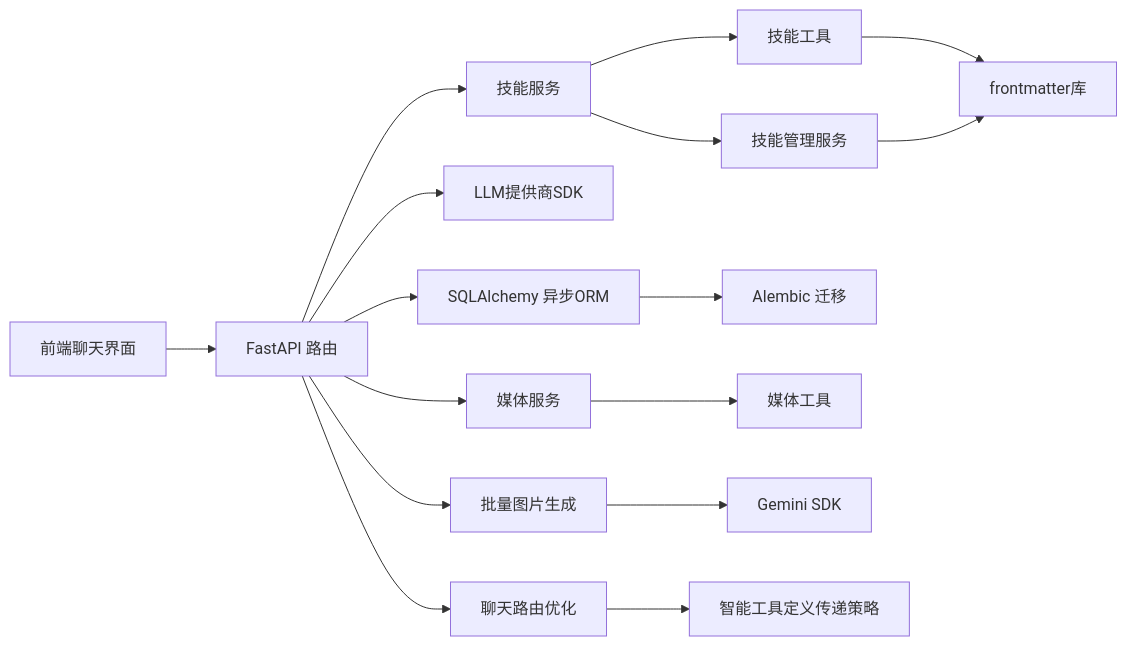
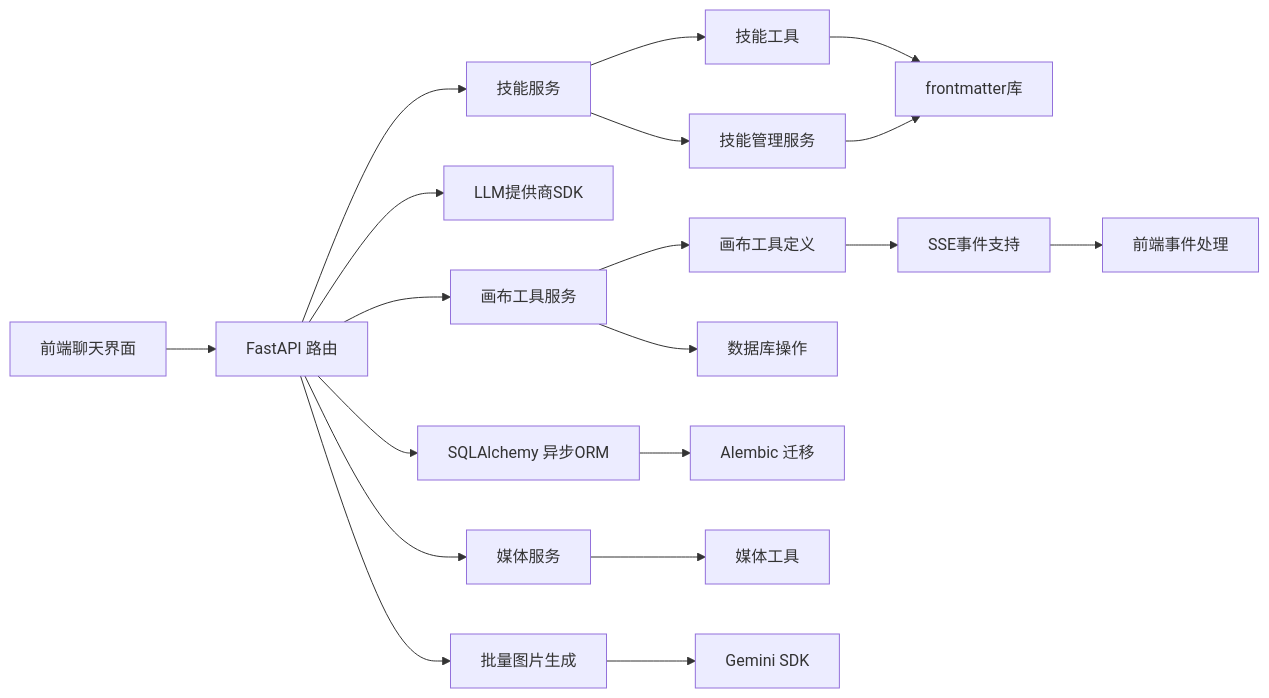
One commit to KunLabAI/KunFlix changed diagram 14 of 14 in .qoder/repowiki/zh/content/后端开发指南/API路由系统/聊天交互API.md. Above: the diagram before and after it, drawn with Mermaid. The commit also changed other lines of this file and 15 other files, not shown here.

````diff
--- a/.qoder/repowiki/zh/content/后端开发指南/API路由系统/聊天交互API.md
+++ b/.qoder/repowiki/zh/content/后端开发指南/API路由系统/聊天交互API.md
@@ -599,18 +697,21 @@
 ```mermaid
 graph LR
 FE["前端聊天界面"] --> API["FastAPI 路由"]
 API --> DB["SQLAlchemy 异步ORM"]
 API --> LLM["LLM提供商SDK"]
 API --> Media["媒体服务"]
 API --> BatchGen["批量图片生成"]
 API --> Skills["技能服务"]
+API --> Canvas["画布工具服务"]
 Skills --> SkillTools["技能工具"]
 Skills --> SkillManager["技能管理服务"]
+Canvas --> CanvasTools["画布工具定义"]
+Canvas --> DBOps["数据库操作"]
 DB --> MIG["Alembic 迁移"]
 Media --> Utils["媒体工具"]
 BatchGen --> Gemini["Gemini SDK"]
 SkillTools --> Frontmatter["frontmatter库"]
 SkillManager --> Frontmatter
-API --> Optimization["聊天路由优化"]
-Optimization --> ToolDefStrategy["智能工具定义传递策略"]
+CanvasTools --> SSE["SSE事件支持"]
+SSE --> Frontend["前端事件处理"]
 ```
````
